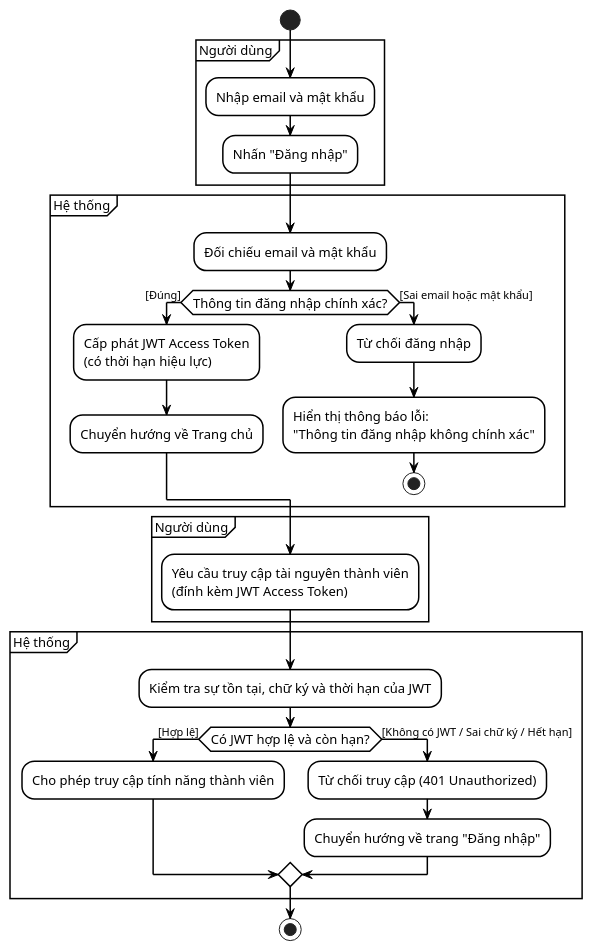
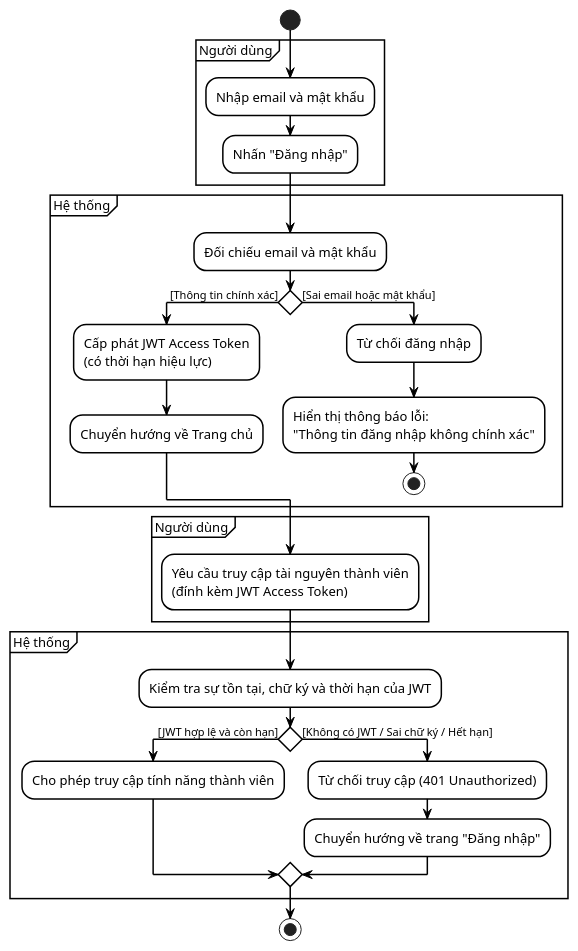
Before and after one commit to Phuc280106/BrewLite2: the diagram in docs/diagrams/auth/activity-auth-login.puml, drawn with PlantUML. The commit also changed 3 other files, not shown here.

Commit message:
fix(diagrams): cập nhật kí hiệu activity auth

```diff
--- a/docs/diagrams/auth/activity-auth-login.puml
+++ b/docs/diagrams/auth/activity-auth-login.puml
@@ -1,69 +1,71 @@
 @startuml
 
 skinparam monochrome true
 skinparam shadowing false
 skinparam backgroundColor white
 
 skinparam activity {
     BackgroundColor #FFFFFF
     BorderColor #000000
     BorderThickness 1.5
     FontColor #000000
     FontSize 13
     ArrowColor #000000
 }
 
 skinparam activityDiamond {
     BackgroundColor #FFFFFF
     BorderColor #000000
     BorderThickness 1.5
     FontColor #000000
 }
 
 skinparam partition {
     BorderColor #000000
     BackgroundColor #FFFFFF
     FontColor #000000
     FontSize 13
 }
 
 start
 
 ' --- GIAI ĐOẠN 1: ĐĂNG NHẬP & CẤP PHÁT JWT ---
 partition "Người dùng" {
     :Nhập email và mật khẩu;
     :Nhấn "Đăng nhập";
 }
 
 partition "Hệ thống" {
     :Đối chiếu email và mật khẩu;
     
-    if (Thông tin đăng nhập chính xác?) then ([Đúng])
+    
+    if () then ([Thông tin chính xác])
         :Cấp phát JWT Access Token\n(có thời hạn hiệu lực);
         :Chuyển hướng về Trang chủ;
     else ([Sai email hoặc mật khẩu])
         :Từ chối đăng nhập;
         :Hiển thị thông báo lỗi:\n"Thông tin đăng nhập không chính xác";
         stop
     endif
 }
 
 ' --- GIAI ĐOẠN 2: XÁC THỰC JWT KHI TRUY CẬP TÀI NGUYÊN ---
 partition "Người dùng" {
     :Yêu cầu truy cập tài nguyên thành viên\n(đính kèm JWT Access Token);
 }
 
 partition "Hệ thống" {
     :Kiểm tra sự tồn tại, chữ ký và thời hạn của JWT;
     
-    if (Có JWT hợp lệ và còn hạn?) then ([Hợp lệ])
+    
+    if () then ([JWT hợp lệ và còn hạn])
         :Cho phép truy cập tính năng thành viên;
     else ([Không có JWT / Sai chữ ký / Hết hạn])
         :Từ chối truy cập (401 Unauthorized);
         :Chuyển hướng về trang "Đăng nhập";
     endif
 }
 
 stop
 
 @enduml
```
